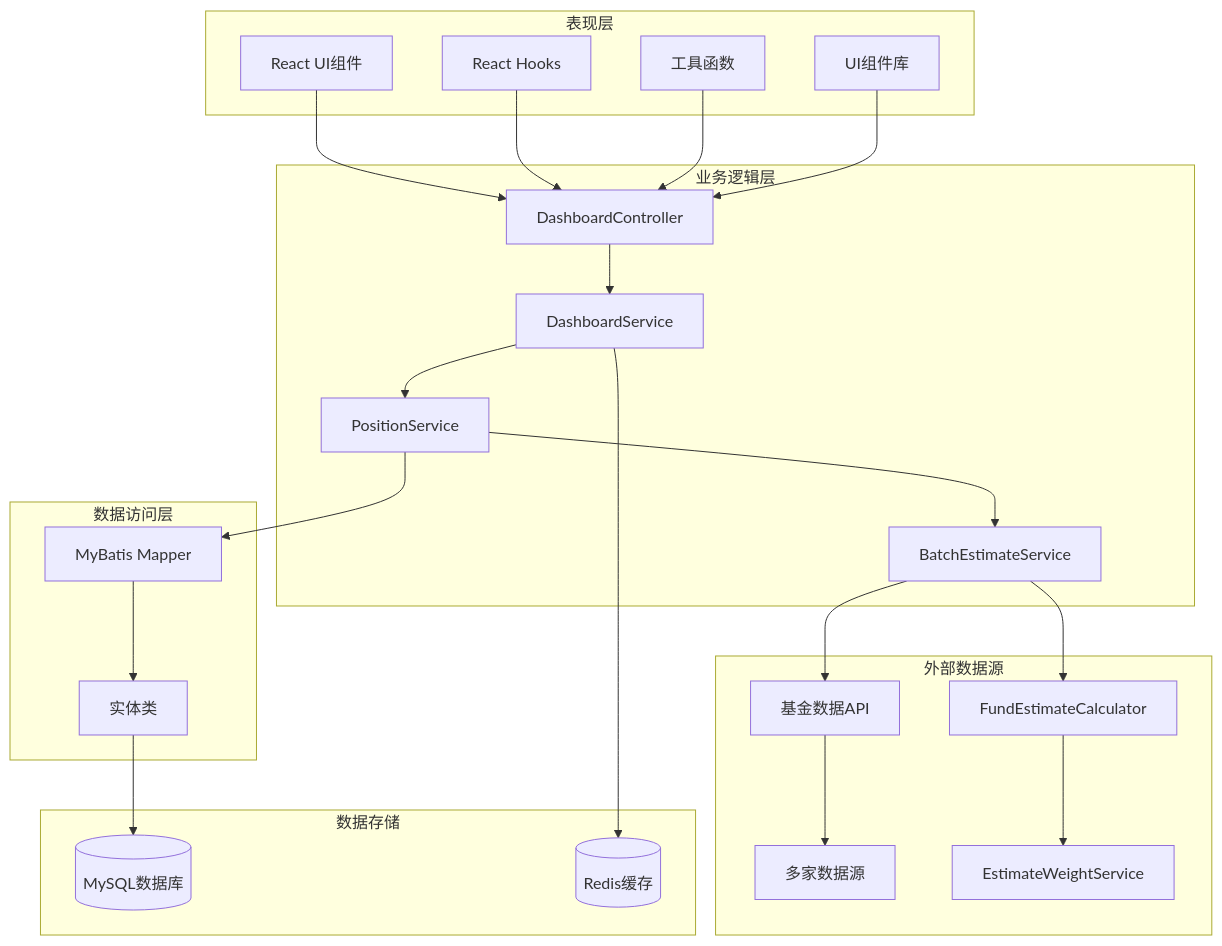
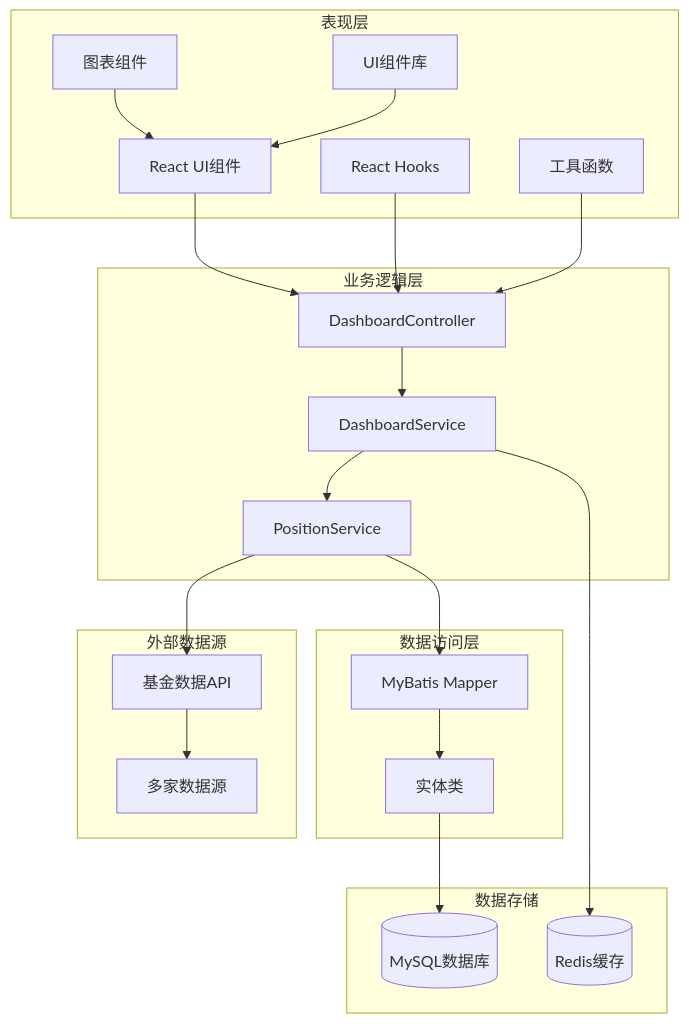
One commit to gree-coder/fund-butler changed the second of 9 diagrams in .qoder/repowiki/zh/content/Dashboard Enhancement.md. Above: the diagram before and after it, drawn with Mermaid. The commit also changed other lines of this file and 21 other files, not shown here.

````diff
--- a/.qoder/repowiki/zh/content/Dashboard Enhancement.md
+++ b/.qoder/repowiki/zh/content/Dashboard Enhancement.md
@@ -156,44 +133,40 @@
 ```mermaid
 graph TB
 subgraph "表现层"
 UI[React UI组件]
 Hooks[React Hooks]
 Utils[工具函数]
 Components[UI组件库]
+Chart[图表组件]
 end
 subgraph "业务逻辑层"
 Controller[DashboardController]
 Service[DashboardService]
 PositionService[PositionService]
-EstimateService[BatchEstimateService]
 end
 subgraph "数据访问层"
 Mapper[MyBatis Mapper]
 Entity[实体类]
 end
 subgraph "数据存储"
 DB[(MySQL数据库)]
 Cache[(Redis缓存)]
 end
 subgraph "外部数据源"
 FundAPI[基金数据API]
 DataSource[多家数据源]
-EstimateCalc[FundEstimateCalculator]
-WeightService[EstimateWeightService]
 end
 UI --> Controller
 Hooks --> Controller
 Utils --> Controller
-Components --> Controller
 Controller --> Service
 Service --> PositionService
 PositionService --> Mapper
 Mapper --> Entity
 Entity --> DB
 Service --> Cache
-PositionService --> EstimateService
-EstimateService --> EstimateCalc
-EstimateCalc --> WeightService
-EstimateService --> FundAPI
+PositionService --> FundAPI
 FundAPI --> DataSource
+Chart --> UI
+Components --> UI
 ```
````
